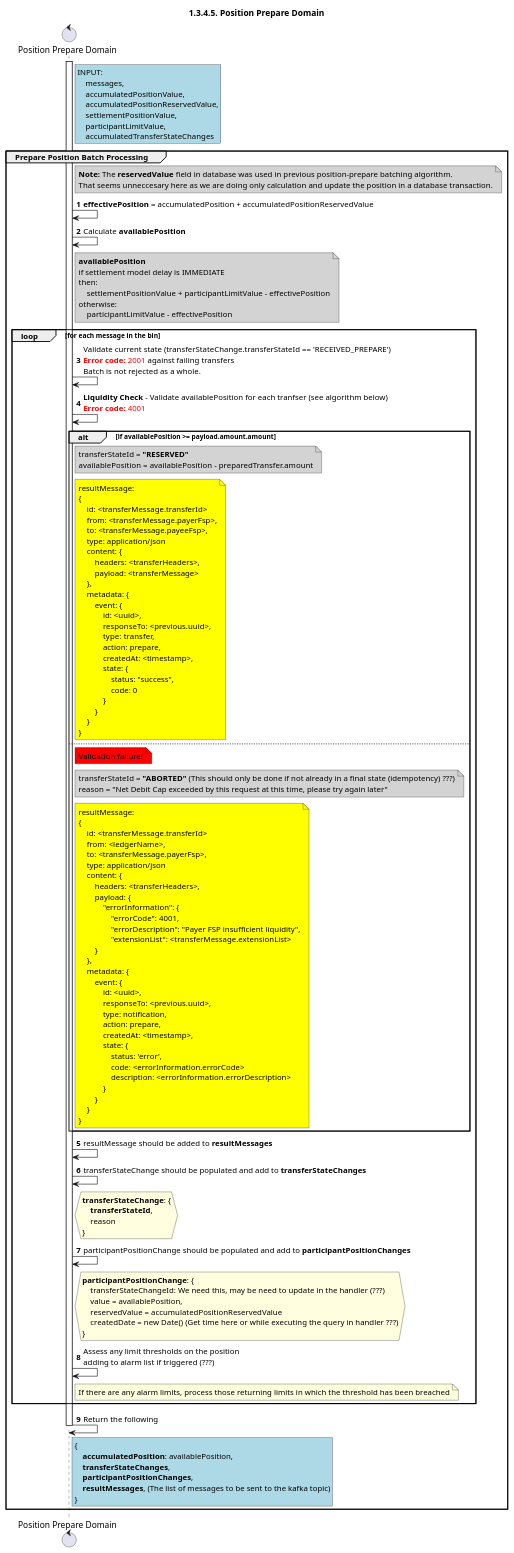
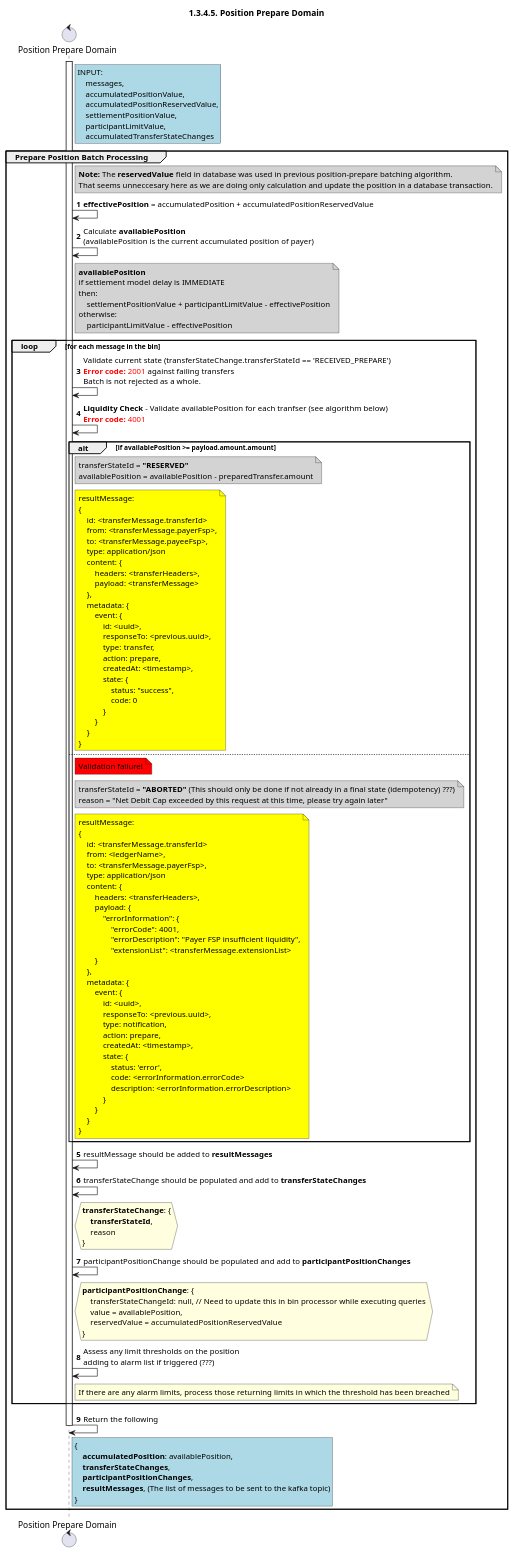
One commit to mojaloop/documentation changed the diagram in docs/technical/central-ledger/assets/diagrams/sequence/seq-position-1.3.4.5-prepare-domain.plantuml. Above: the diagram before and after it, drawn with PlantUML. The commit also changed 9 other files, not shown here.

Commit message:
feat: refined seq diagrams

```diff
--- a/docs/technical/central-ledger/assets/diagrams/sequence/seq-position-1.3.4.5-prepare-domain.plantuml
+++ b/docs/technical/central-ledger/assets/diagrams/sequence/seq-position-1.3.4.5-prepare-domain.plantuml
@@ -28,155 +28,154 @@
 @startuml
 ' declate title
 title 1.3.4.5. Position Prepare Domain
 
 autonumber
 
 ' Actor Keys:
 '   boundary - APIs/Interfaces, etc
 '   collections - Kafka Topics
 '   control - Kafka Consumers
 '   entity - Database Access Objects
 '   database - Database Persistence Store
 
 ' declare actors
 control "Position Prepare Domain" as DOMAIN_POSITION_PREPARE
 
 ' start flow
 activate DOMAIN_POSITION_PREPARE
 rnote right of DOMAIN_POSITION_PREPARE #lightblue
     INPUT:
         messages,
         accumulatedPositionValue,
         accumulatedPositionReservedValue,
         settlementPositionValue,
         participantLimitValue,
         accumulatedTransferStateChanges
 end note
 group Prepare Position Batch Processing
     note right of DOMAIN_POSITION_PREPARE #lightgray
        **Note:** The **reservedValue** field in database was used in previous position-prepare batching algorithm.
        That seems unneccesary here as we are doing only calculation and update the position in a database transaction.
     end note
     DOMAIN_POSITION_PREPARE -> DOMAIN_POSITION_PREPARE: **effectivePosition** = accumulatedPosition + accumulatedPositionReservedValue
-    DOMAIN_POSITION_PREPARE -> DOMAIN_POSITION_PREPARE: Calculate **availablePosition**
+    DOMAIN_POSITION_PREPARE -> DOMAIN_POSITION_PREPARE: Calculate **availablePosition** \n(availablePosition is the current accumulated position of payer)
     note right of DOMAIN_POSITION_PREPARE #lightgray
         **availablePosition**
         if settlement model delay is IMMEDIATE
         then:
             settlementPositionValue + participantLimitValue - effectivePosition
         otherwise:
             participantLimitValue - effectivePosition
     end note
     loop for each message in the bin
         DOMAIN_POSITION_PREPARE -> DOMAIN_POSITION_PREPARE: Validate current state (transferStateChange.transferStateId == 'RECEIVED_PREPARE')\n<color #FF0000><b>Error code:</b> 2001</color> against failing transfers\nBatch is not rejected as a whole.
         DOMAIN_POSITION_PREPARE -> DOMAIN_POSITION_PREPARE: **Liquidity Check** - Validate availablePosition for each tranfser (see algorithm below)\n<color #FF0000><b>Error code:</b> 4001</color>
 
         alt if availablePosition >= payload.amount.amount
             note right of DOMAIN_POSITION_PREPARE #lightgray
                 transferStateId = **"RESERVED"**
                 availablePosition = availablePosition - preparedTransfer.amount
             end note
             note right of DOMAIN_POSITION_PREPARE #yellow
                 resultMessage:
                 {
                     id: <transferMessage.transferId>
                     from: <transferMessage.payerFsp>,
                     to: <transferMessage.payeeFsp>,
                     type: application/json
                     content: {
                         headers: <transferHeaders>,
                         payload: <transferMessage>
                     },
                     metadata: {
                         event: {
                             id: <uuid>,
                             responseTo: <previous.uuid>,
                             type: transfer,
                             action: prepare,
                             createdAt: <timestamp>,
                             state: {
                                 status: "success",
                                 code: 0
                             }
                         }
                     }
                 }
             end note
         else
             note right of DOMAIN_POSITION_PREPARE #red: Validation failure!
             note right of DOMAIN_POSITION_PREPARE #lightgray
                 transferStateId = **"ABORTED"** (This should only be done if not already in a final state (idempotency) ???)
                 reason = "Net Debit Cap exceeded by this request at this time, please try again later"
             end note
             note right of DOMAIN_POSITION_PREPARE #yellow
                 resultMessage:
                 {
                     id: <transferMessage.transferId>
                     from: <ledgerName>,
                     to: <transferMessage.payerFsp>,
                     type: application/json
                     content: {
                         headers: <transferHeaders>,
                         payload: {
                             "errorInformation": {
                                 "errorCode": 4001,
                                 "errorDescription": "Payer FSP insufficient liquidity",
                                 "extensionList": <transferMessage.extensionList>
                         }
                     },
                     metadata: {
                         event: {
                             id: <uuid>,
                             responseTo: <previous.uuid>,
                             type: notification,
                             action: prepare,
                             createdAt: <timestamp>,
                             state: {
                                 status: 'error',
                                 code: <errorInformation.errorCode>
                                 description: <errorInformation.errorDescription>
                             }
                         }
                     }
                 }
             end note
         end
         DOMAIN_POSITION_PREPARE -> DOMAIN_POSITION_PREPARE: resultMessage should be added to **resultMessages**
         DOMAIN_POSITION_PREPARE -> DOMAIN_POSITION_PREPARE: transferStateChange should be populated and add to **transferStateChanges**
         hnote right of DOMAIN_POSITION_PREPARE #lightyellow
             **transferStateChange**: {
                 **transferStateId**,
                 reason
             }
         end note
         DOMAIN_POSITION_PREPARE -> DOMAIN_POSITION_PREPARE: participantPositionChange should be populated and add to **participantPositionChanges**
         hnote right of DOMAIN_POSITION_PREPARE #lightyellow
             **participantPositionChange**: {
-                transferStateChangeId: We need this, may be need to update in the handler (???)
+                transferStateChangeId: null, // Need to update this in bin processor while executing queries
                 value = availablePosition,
                 reservedValue = accumulatedPositionReservedValue
-                createdDate = new Date() (Get time here or while executing the query in handler ???)
             }
         end note
 
         DOMAIN_POSITION_PREPARE->DOMAIN_POSITION_PREPARE: Assess any limit thresholds on the position\nadding to alarm list if triggered (???)
         note right of DOMAIN_POSITION_PREPARE
             If there are any alarm limits, process those returning limits in which the threshold has been breached
         end note
         
     end
 
     DOMAIN_POSITION_PREPARE -> DOMAIN_POSITION_PREPARE: Return the following
     rnote right of DOMAIN_POSITION_PREPARE #lightblue
     {
         **accumulatedPosition**: availablePosition,
         **transferStateChanges**,
         **participantPositionChanges**,
         **resultMessages**, (The list of messages to be sent to the kafka topic)
     }
     end note
     deactivate DOMAIN_POSITION_PREPARE
 
 end
 
 @enduml
```
